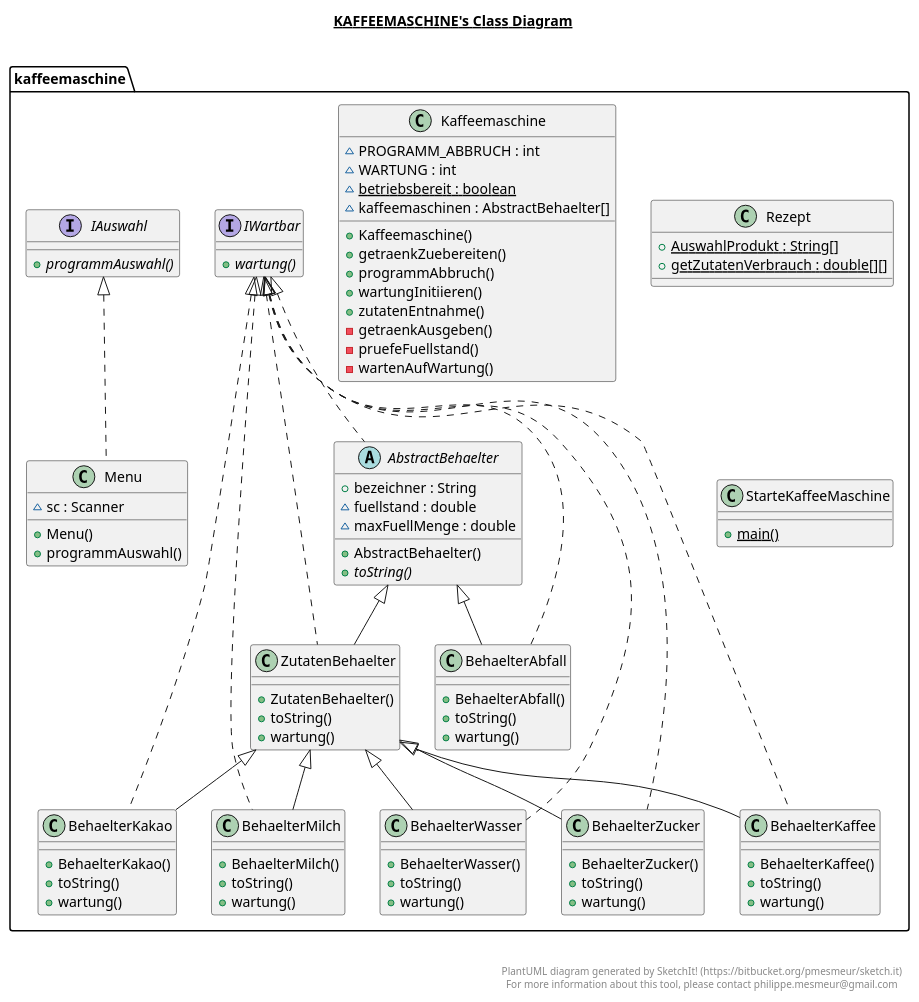
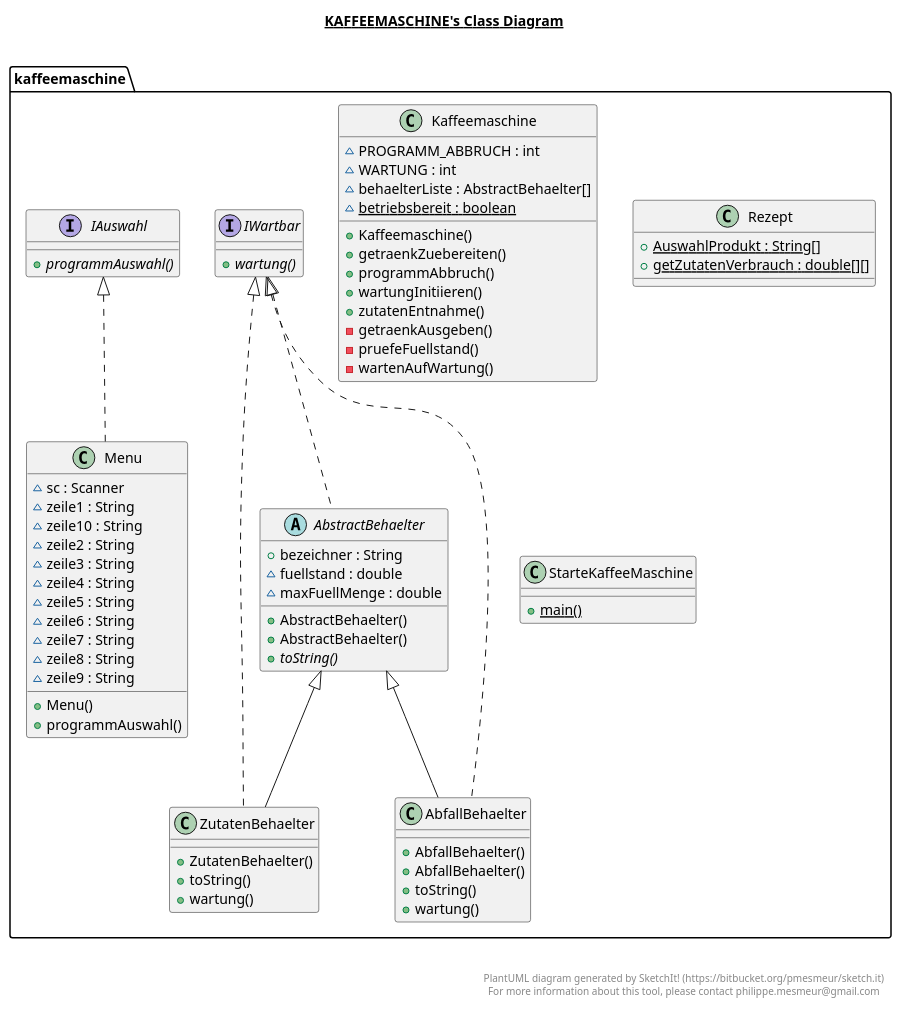
Before and after one commit to luzumi/KaffeeMaschine: the diagram in src/kaffeemaschine/Kaffeemaschine.plantuml, drawn with PlantUML. The commit also changed 121 other files, not shown here.

First line of the commit message:
Kaffeemaschine TODO Fehlerbehandlung - Exceptions bei Wartung und UserAbbruch

```diff
--- a/src/kaffeemaschine/Kaffeemaschine.plantuml
+++ b/src/kaffeemaschine/Kaffeemaschine.plantuml
@@ -1,160 +1,117 @@
 @startuml
 
 title __KAFFEEMASCHINE's Class Diagram__\n
+
+  namespace kaffeemaschine {
+    class kaffeemaschine.AbfallBehaelter {
+        + AbfallBehaelter()
+        + AbfallBehaelter()
+        + toString()
+        + wartung()
+    }
+  }
+  
 
   namespace kaffeemaschine {
     abstract class kaffeemaschine.AbstractBehaelter {
         + bezeichner : String
         ~ fuellstand : double
         ~ maxFuellMenge : double
         + AbstractBehaelter()
+        + AbstractBehaelter()
         {abstract} + toString()
-    }
-  }
-  
-
-  namespace kaffeemaschine {
-    class kaffeemaschine.BehaelterAbfall {
-        + BehaelterAbfall()
-        + toString()
-        + wartung()
-    }
-  }
-  
-
-  namespace kaffeemaschine {
-    class kaffeemaschine.BehaelterKaffee {
-        + BehaelterKaffee()
-        + toString()
-        + wartung()
-    }
-  }
-  
-
-  namespace kaffeemaschine {
-    class kaffeemaschine.BehaelterKakao {
-        + BehaelterKakao()
-        + toString()
-        + wartung()
-    }
-  }
-  
-
-  namespace kaffeemaschine {
-    class kaffeemaschine.BehaelterMilch {
-        + BehaelterMilch()
-        + toString()
-        + wartung()
-    }
-  }
-  
-
-  namespace kaffeemaschine {
-    class kaffeemaschine.BehaelterWasser {
-        + BehaelterWasser()
-        + toString()
-        + wartung()
-    }
-  }
-  
-
-  namespace kaffeemaschine {
-    class kaffeemaschine.BehaelterZucker {
-        + BehaelterZucker()
-        + toString()
-        + wartung()
     }
   }
   
 
   namespace kaffeemaschine {
     interface kaffeemaschine.IAuswahl {
         {abstract} + programmAuswahl()
     }
   }
   
 
   namespace kaffeemaschine {
     interface kaffeemaschine.IWartbar {
         {abstract} + wartung()
     }
   }
   
 
   namespace kaffeemaschine {
     class kaffeemaschine.Kaffeemaschine {
         ~ PROGRAMM_ABBRUCH : int
         ~ WARTUNG : int
+        ~ behaelterListe : AbstractBehaelter[]
         {static} ~ betriebsbereit : boolean
-        ~ kaffeemaschinen : AbstractBehaelter[]
         + Kaffeemaschine()
         + getraenkZuebereiten()
         + programmAbbruch()
         + wartungInitiieren()
         + zutatenEntnahme()
         - getraenkAusgeben()
         - pruefeFuellstand()
         - wartenAufWartung()
     }
   }
   
 
   namespace kaffeemaschine {
     class kaffeemaschine.Menu {
         ~ sc : Scanner
+        ~ zeile1 : String
+        ~ zeile10 : String
+        ~ zeile2 : String
+        ~ zeile3 : String
+        ~ zeile4 : String
+        ~ zeile5 : String
+        ~ zeile6 : String
+        ~ zeile7 : String
+        ~ zeile8 : String
+        ~ zeile9 : String
         + Menu()
         + programmAuswahl()
     }
   }
   
 
   namespace kaffeemaschine {
     class kaffeemaschine.Rezept {
         {static} + AuswahlProdukt : String[]
         {static} + getZutatenVerbrauch : double[][]
     }
   }
   
 
   namespace kaffeemaschine {
     class kaffeemaschine.StarteKaffeeMaschine {
         {static} + main()
     }
   }
   
 
   namespace kaffeemaschine {
     class kaffeemaschine.ZutatenBehaelter {
         + ZutatenBehaelter()
         + toString()
         + wartung()
     }
   }
   
 
+  kaffeemaschine.AbfallBehaelter .up.|> kaffeemaschine.IWartbar
+  kaffeemaschine.AbfallBehaelter -up-|> kaffeemaschine.AbstractBehaelter
   kaffeemaschine.AbstractBehaelter .up.|> kaffeemaschine.IWartbar
-  kaffeemaschine.BehaelterAbfall .up.|> kaffeemaschine.IWartbar
-  kaffeemaschine.BehaelterAbfall -up-|> kaffeemaschine.AbstractBehaelter
-  kaffeemaschine.BehaelterKaffee .up.|> kaffeemaschine.IWartbar
-  kaffeemaschine.BehaelterKaffee -up-|> kaffeemaschine.ZutatenBehaelter
-  kaffeemaschine.BehaelterKakao .up.|> kaffeemaschine.IWartbar
-  kaffeemaschine.BehaelterKakao -up-|> kaffeemaschine.ZutatenBehaelter
-  kaffeemaschine.BehaelterMilch .up.|> kaffeemaschine.IWartbar
-  kaffeemaschine.BehaelterMilch -up-|> kaffeemaschine.ZutatenBehaelter
-  kaffeemaschine.BehaelterWasser .up.|> kaffeemaschine.IWartbar
-  kaffeemaschine.BehaelterWasser -up-|> kaffeemaschine.ZutatenBehaelter
-  kaffeemaschine.BehaelterZucker .up.|> kaffeemaschine.IWartbar
-  kaffeemaschine.BehaelterZucker -up-|> kaffeemaschine.ZutatenBehaelter
   kaffeemaschine.Menu .up.|> kaffeemaschine.IAuswahl
   kaffeemaschine.ZutatenBehaelter .up.|> kaffeemaschine.IWartbar
   kaffeemaschine.ZutatenBehaelter -up-|> kaffeemaschine.AbstractBehaelter
 
 
 right footer
 
 
 PlantUML diagram generated by SketchIt! (https://bitbucket.org/pmesmeur/sketch.it)
 For more information about this tool, please contact philippe.mesmeur@gmail.com
 endfooter
 
 @enduml
```
